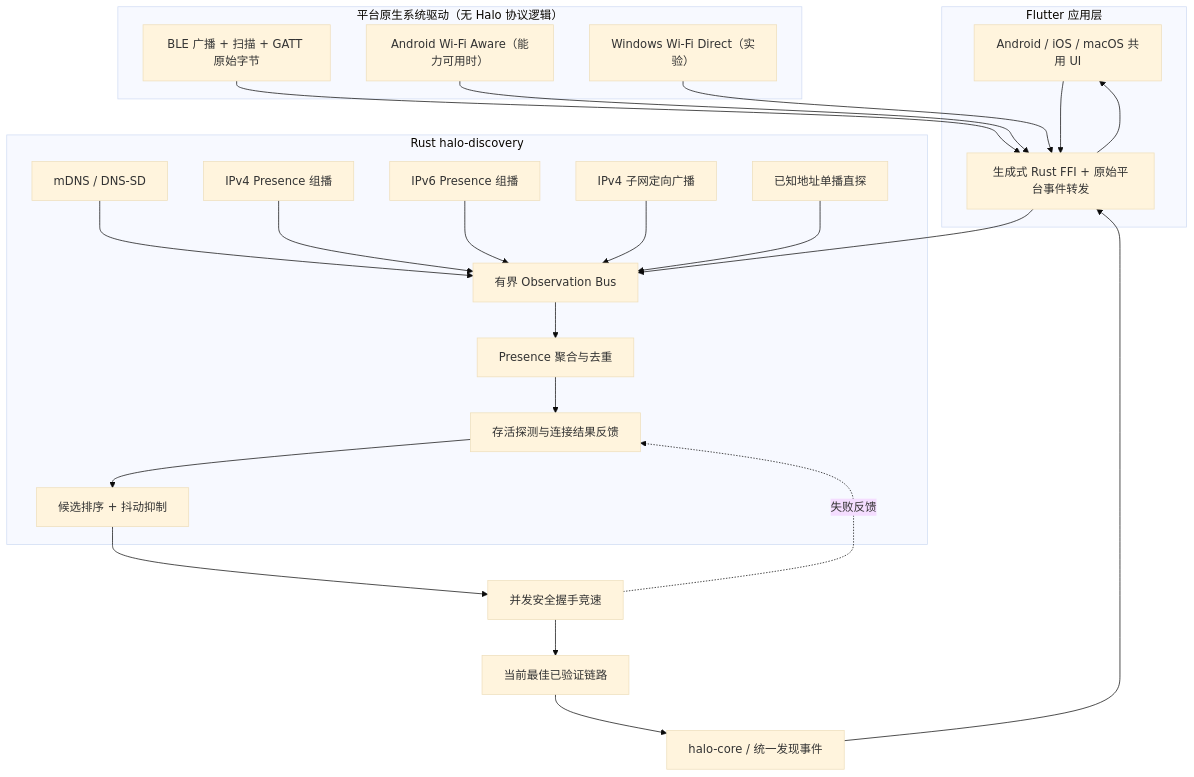
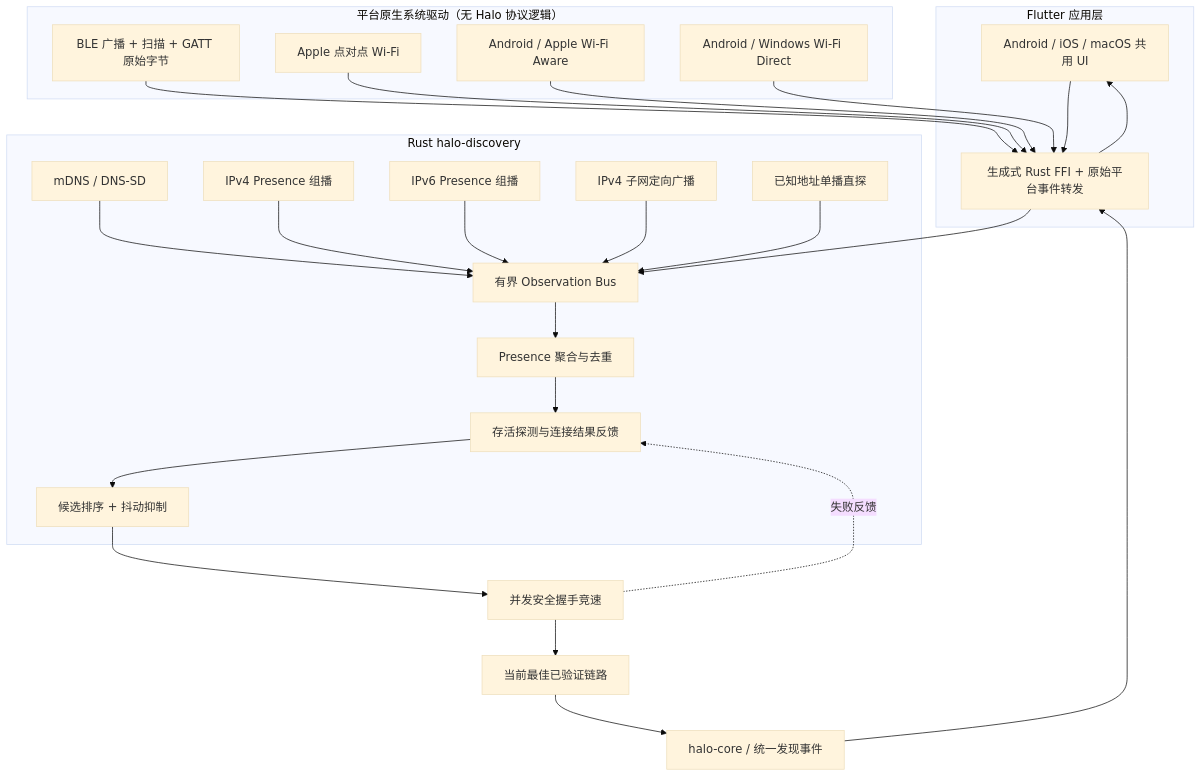
The first of 2 diagrams in docs/architecture/discovery.zh-CN.md (huarangmeng/Halo), drawn with Mermaid (base theme) before and after one commit. The commit also changed other lines of this file and 70 other files, not shown here.

````diff
--- a/docs/architecture/discovery.zh-CN.md
+++ b/docs/architecture/discovery.zh-CN.md
@@ -34,40 +38,42 @@
 ```mermaid
 flowchart TB
     subgraph Flutter["Flutter 应用层"]
         UI["Android / iOS / macOS 共用 UI"]
         BRIDGE["生成式 Rust FFI + 原始平台事件转发"]
     end
 
     subgraph Native["平台原生系统驱动（无 Halo 协议逻辑）"]
         BLE["BLE 广播 + 扫描 + GATT 原始字节"]
-        AWARE["Android Wi-Fi Aware（能力可用时）"]
-        WFD["Windows Wi-Fi Direct（实验）"]
+        APPLEP2P["Apple 点对点 Wi-Fi"]
+        AWARE["Android / Apple Wi-Fi Aware"]
+        WFD["Android / Windows Wi-Fi Direct"]
     end
 
     subgraph Rust["Rust halo-discovery"]
         MDNS["mDNS / DNS-SD"]
         MCAST4["IPv4 Presence 组播"]
         MCAST6["IPv6 Presence 组播"]
         BCAST["IPv4 子网定向广播"]
         DIRECT["已知地址单播直探"]
         BUS["有界 Observation Bus"]
         MERGE["Presence 聚合与去重"]
         PROBE["存活探测与连接结果反馈"]
         RANK["候选排序 + 抖动抑制"]
     end
 
     UI --> BRIDGE
     BLE --> BRIDGE --> BUS
+    APPLEP2P --> BRIDGE
     AWARE --> BRIDGE
     WFD --> BRIDGE
     MDNS --> BUS
     MCAST4 --> BUS
     MCAST6 --> BUS
     BCAST --> BUS
     DIRECT --> BUS
     BUS --> MERGE --> PROBE --> RANK
     RANK --> RACE["并发安全握手竞速"]
     RACE --> BEST["当前最佳已验证链路"]
     BEST --> CORE["halo-core / 统一发现事件"] --> BRIDGE --> UI
     RACE -.失败反馈.-> PROBE
 ```
````
